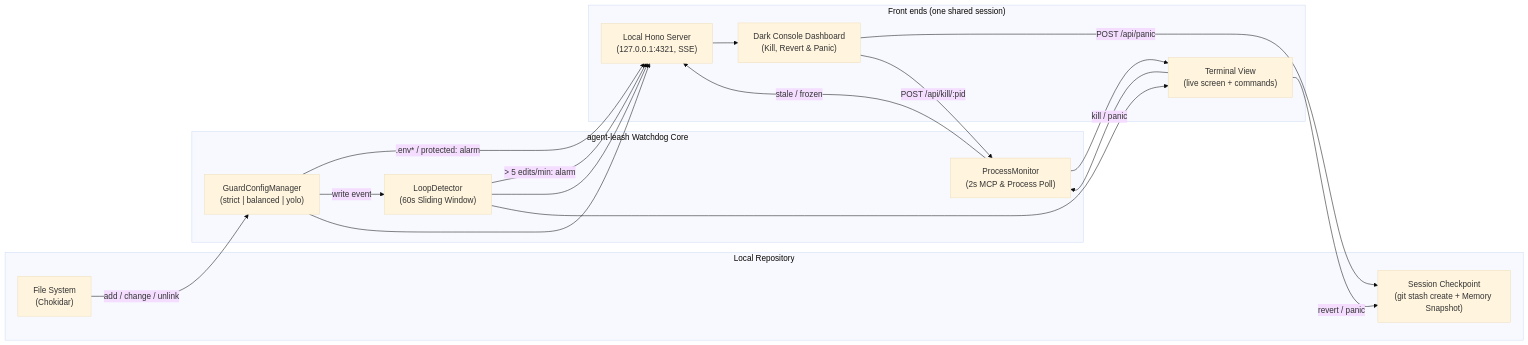
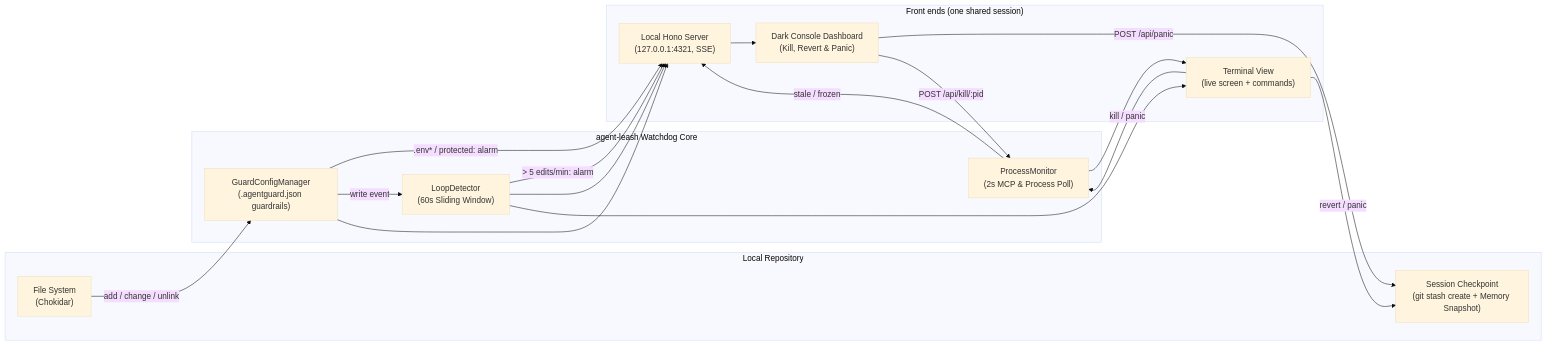
Before and after one commit to uwejettkant/strayps: the diagram in README.md, drawn with Mermaid (base theme). The commit also changed other lines of this file and 20 other files, not shown here.

First line of the commit message:
feat(config)!: no modes, agent-leash always watches by the configured guardrails

````diff
--- a/README.md
+++ b/README.md
@@ -108,34 +107,34 @@
 ```mermaid
 flowchart LR
   subgraph Repo["Local Repository"]
     FS["File System\n(Chokidar)"]
     GIT["Session Checkpoint\n(git stash create + Memory Snapshot)"]
   end
 
   subgraph Core["agent-leash Watchdog Core"]
-    CFG["GuardConfigManager\n(strict | balanced | yolo)"]
+    CFG["GuardConfigManager\n(.agentguard.json guardrails)"]
     LOOP["LoopDetector\n(60s Sliding Window)"]
     PROC["ProcessMonitor\n(2s MCP & Process Poll)"]
   end
 
   subgraph UI["Front ends (one shared session)"]
     TUI["Terminal View\n(live screen + commands)"]
     SSE["Local Hono Server\n(127.0.0.1:4321, SSE)"]
     DASH["Dark Console Dashboard\n(Kill, Revert & Panic)"]
   end
 
   FS -->|add / change / unlink| CFG
   CFG -->|".env* / protected: alarm"| SSE
   CFG -->|write event| LOOP
   LOOP -->|"> 5 edits/min: alarm"| SSE
   PROC -->|"stale / frozen"| SSE
   LOOP --> SSE
   CFG --> SSE
   LOOP --> TUI
   PROC --> TUI
   SSE --> DASH
   DASH -->|"POST /api/panic"| GIT
   DASH -->|"POST /api/kill/:pid"| PROC
   TUI -->|"revert / panic"| GIT
   TUI -->|"kill / panic"| PROC
 ```
````
